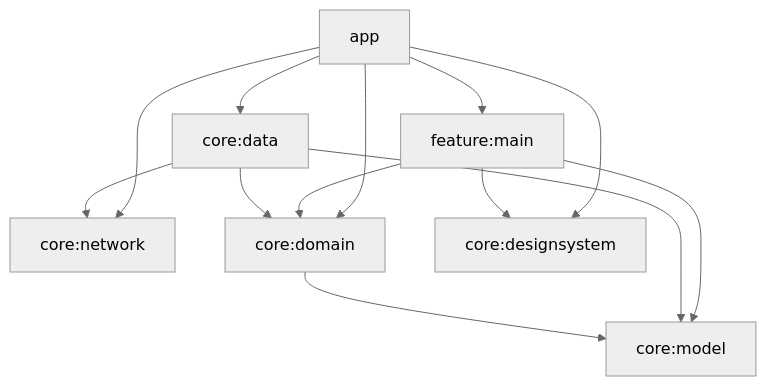
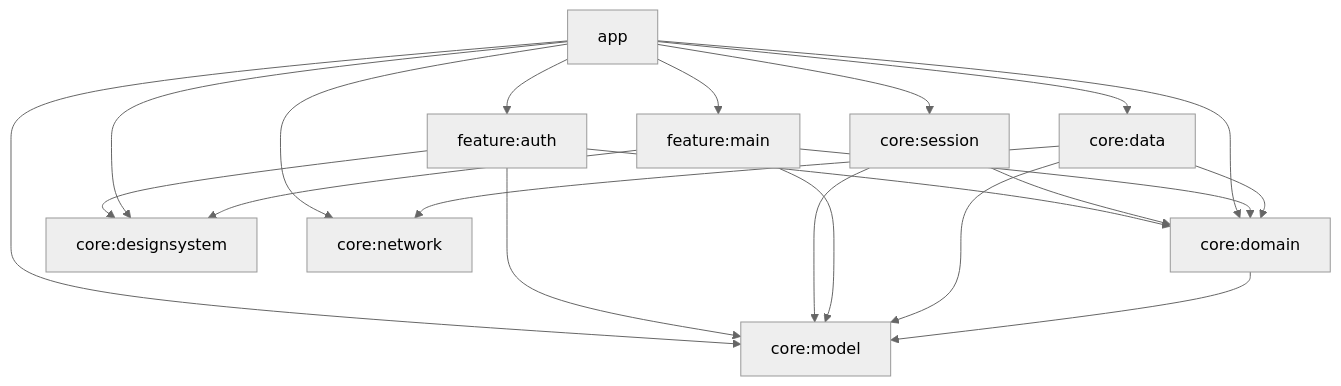
Before and after one commit to superhao1126/fit-trace: the diagram in apps/android/ARCHITECTURE.md, drawn with Mermaid (neutral theme). The commit also changed other lines of this file and 49 other files, not shown here.

````diff
--- a/apps/android/ARCHITECTURE.md
+++ b/apps/android/ARCHITECTURE.md
@@ -18,15 +20,23 @@
 ```mermaid
 flowchart TD
     app --> feature[feature:main]
+    app --> auth[feature:auth]
+    app --> session[core:session]
+    app --> model[core:model]
+    auth --> domain
+    auth --> model
+    auth --> design
+    session --> domain
+    session --> model
     app --> data[core:data]
     app --> network[core:network]
     app --> domain[core:domain]
     app --> design[core:designsystem]
     feature --> domain
     feature --> model[core:model]
     feature --> design
     data --> domain
     data --> model
     data --> network
     domain --> model
 ```
````
